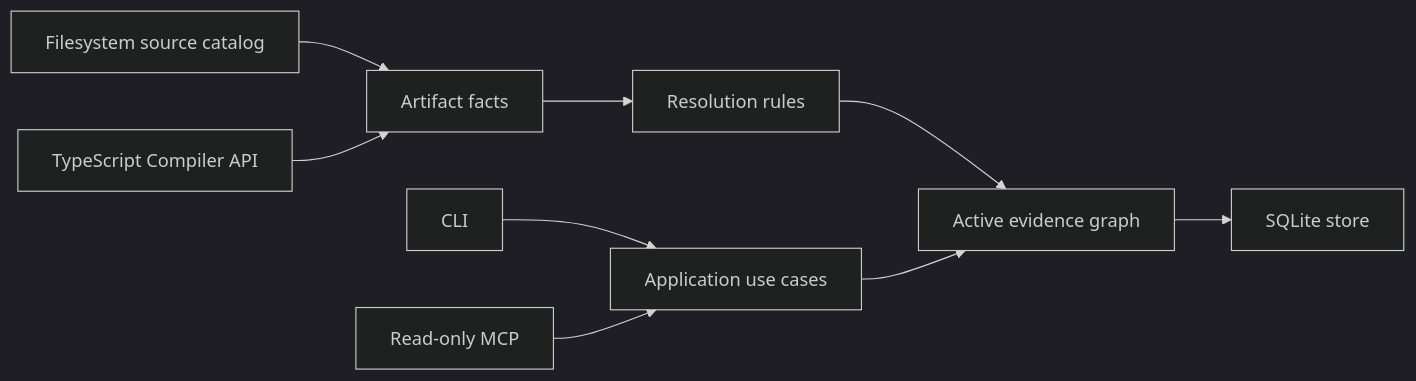
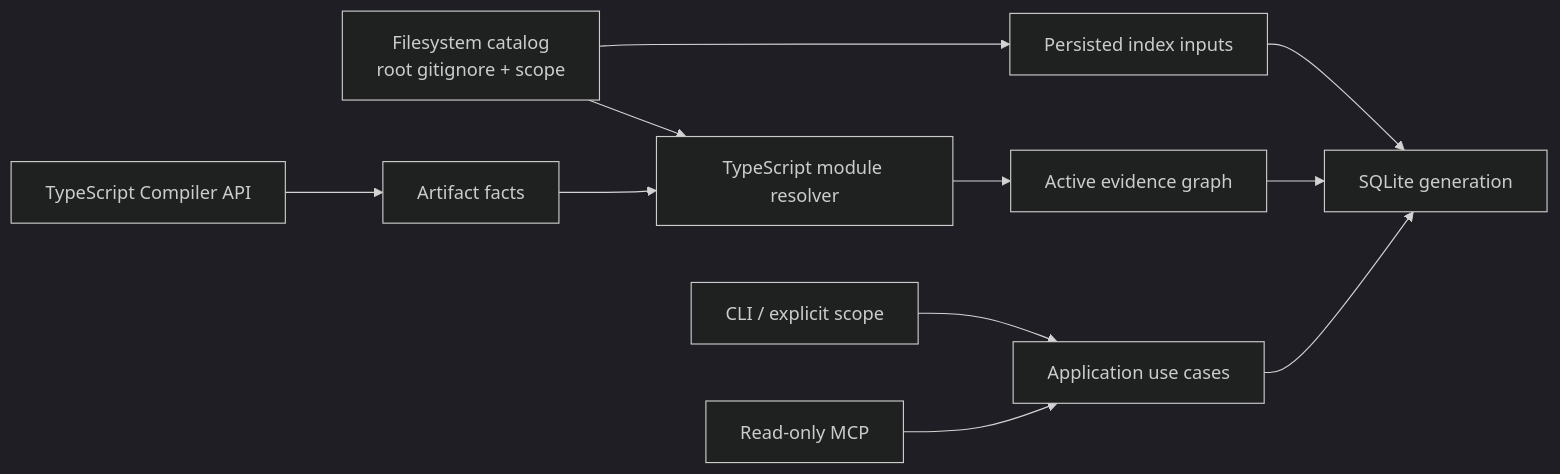
One commit to HsinPu/SymbolLattice changed the diagram in README.md. Above: the diagram before and after it, drawn with Mermaid (dark theme). The commit also changed other lines of this file and 37 other files, not shown here.

````diff
--- a/README.md
+++ b/README.md
@@ -146,11 +175,13 @@
 ```mermaid
 flowchart LR
-  CLI["CLI"] --> UseCases["Application use cases"]
+  CLI["CLI / explicit scope"] --> UseCases["Application use cases"]
   MCP["Read-only MCP"] --> UseCases
-  Catalog["Filesystem source catalog"] --> Facts["Artifact facts"]
-  Extractor["TypeScript Compiler API"] --> Facts
-  Facts --> Resolver["Resolution rules"]
+  Catalog["Filesystem catalog\nroot gitignore + scope"] --> Inputs["Persisted index inputs"]
+  Catalog --> Resolver["TypeScript module resolver"]
+  Extractor["TypeScript Compiler API"] --> Facts["Artifact facts"]
+  Facts --> Resolver
   Resolver --> Graph["Active evidence graph"]
-  UseCases --> Graph
-  Graph --> SQLite["SQLite store"]
+  Inputs --> SQLite["SQLite generation"]
+  Graph --> SQLite
+  UseCases --> SQLite
 ```
````
